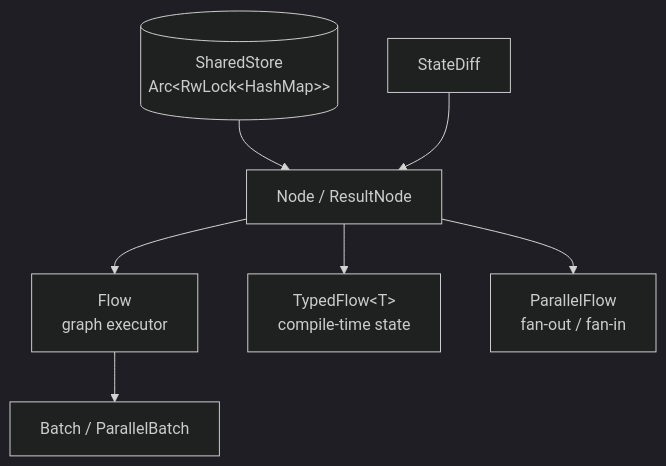
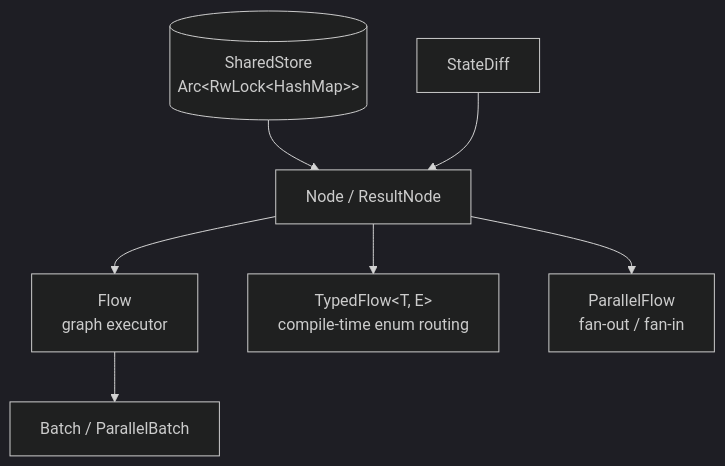
One commit to EzekTec-Inc/AgentFlow changed the second of 10 diagrams in README.md. Above: the diagram before and after it, drawn with Mermaid (dark theme). The commit also changed other lines of this file and 19 other files, not shown here.

Commit message:
docs: update README, ARCHITECTURE, and examples to reflect v0.3.0 changes

````diff
--- a/README.md
+++ b/README.md
@@ -45,9 +45,9 @@
 ```mermaid
 flowchart TD
     SS[(SharedStore<br>Arc&lt;RwLock&lt;HashMap&gt;&gt;)] --> Node[Node / ResultNode]
     Node --> Flow[Flow<br>graph executor]
-    Node --> TF[TypedFlow&lt;T&gt;<br>compile-time state]
+    Node --> TF[TypedFlow&lt;T, E&gt;<br>compile-time enum routing]
     Node --> PF[ParallelFlow<br>fan-out / fan-in]
     Flow --> Batch[Batch / ParallelBatch]
     SD[StateDiff] --> Node
 ```
````
